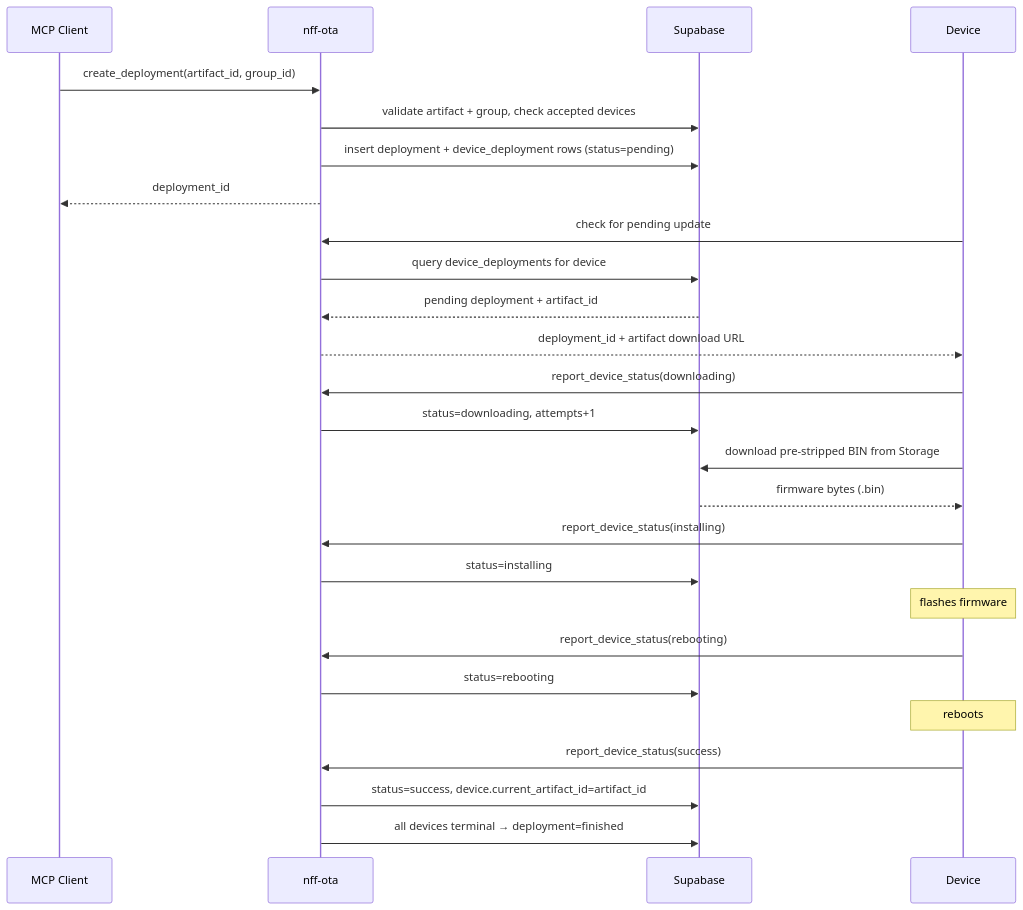
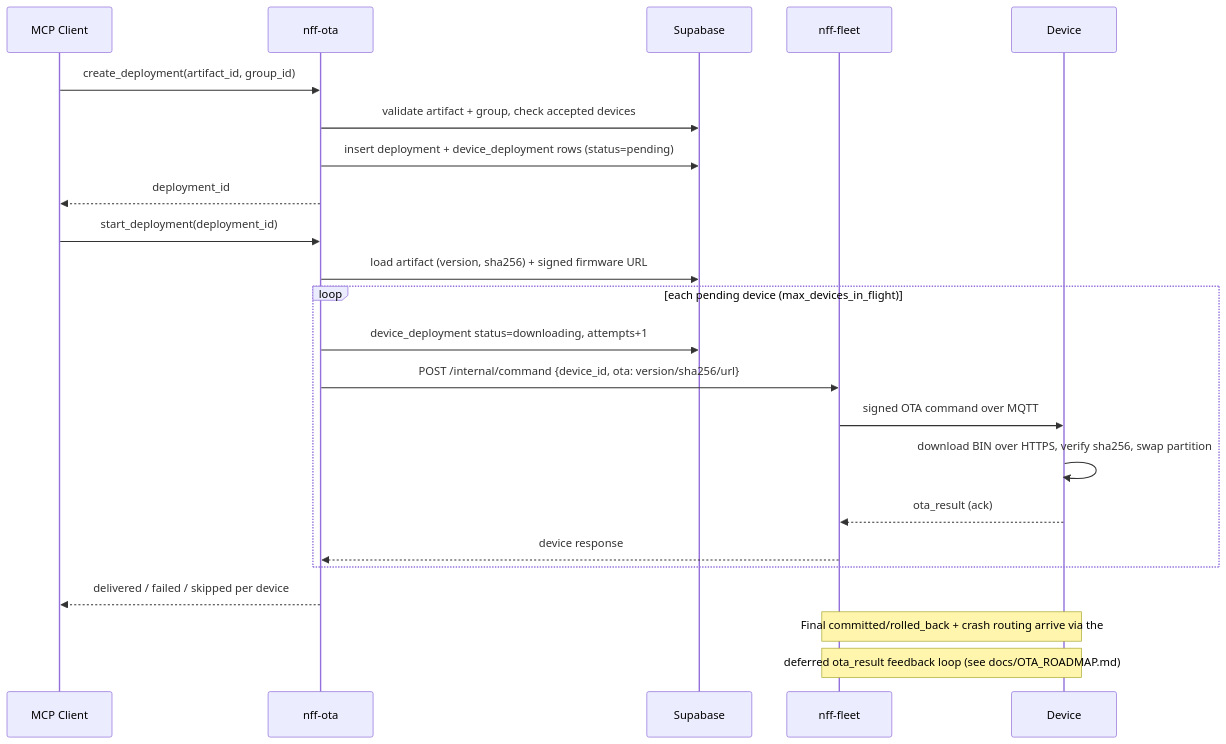
The diagram in README.md (GLechevalier/nff-core), drawn with Mermaid before and after one commit. The commit also changed other lines of this file and 28 other files, not shown here.

````diff
--- a/README.md
+++ b/README.md
@@ -47,34 +52,28 @@
 ```mermaid
 sequenceDiagram
     participant C as MCP Client
     participant S as nff-ota
     participant DB as Supabase
+    participant F as nff-fleet
     participant D as Device
 
     C->>S: create_deployment(artifact_id, group_id)
     S->>DB: validate artifact + group, check accepted devices
     S->>DB: insert deployment + device_deployment rows (status=pending)
     S-->>C: deployment_id
 
-    D->>S: check for pending update
-    S->>DB: query device_deployments for device
-    DB-->>S: pending deployment + artifact_id
-    S-->>D: deployment_id + artifact download URL
+    C->>S: start_deployment(deployment_id)
+    S->>DB: load artifact (version, sha256) + signed firmware URL
+    loop each pending device (max_devices_in_flight)
+        S->>DB: device_deployment status=downloading, attempts+1
+        S->>F: POST /internal/command {device_id, ota: version/sha256/url}
+        F->>D: signed OTA command over MQTT
+        D->>D: download BIN over HTTPS, verify sha256, swap partition
+        D-->>F: ota_result (ack)
+        F-->>S: device response
+    end
+    S-->>C: delivered / failed / skipped per device
 
-    D->>S: report_device_status(downloading)
-    S->>DB: status=downloading, attempts+1
-    D->>DB: download pre-stripped BIN from Storage
-    DB-->>D: firmware bytes (.bin)
-
-    D->>S: report_device_status(installing)
-    S->>DB: status=installing
-    Note over D: flashes firmware
-
-    D->>S: report_device_status(rebooting)
-    S->>DB: status=rebooting
-    Note over D: reboots
-
-    D->>S: report_device_status(success)
-    S->>DB: status=success, device.current_artifact_id=artifact_id
-    S->>DB: all devices terminal → deployment=finished
+    Note over F,D: Final committed/rolled_back + crash routing arrive via the
+    Note over F,D: deferred ota_result feedback loop (see docs/OTA_ROADMAP.md)
 ```
````
